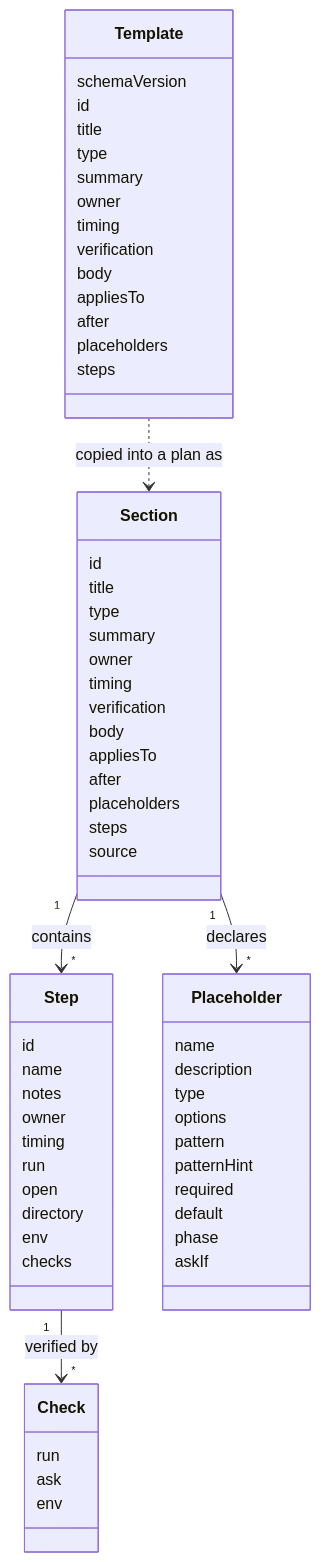
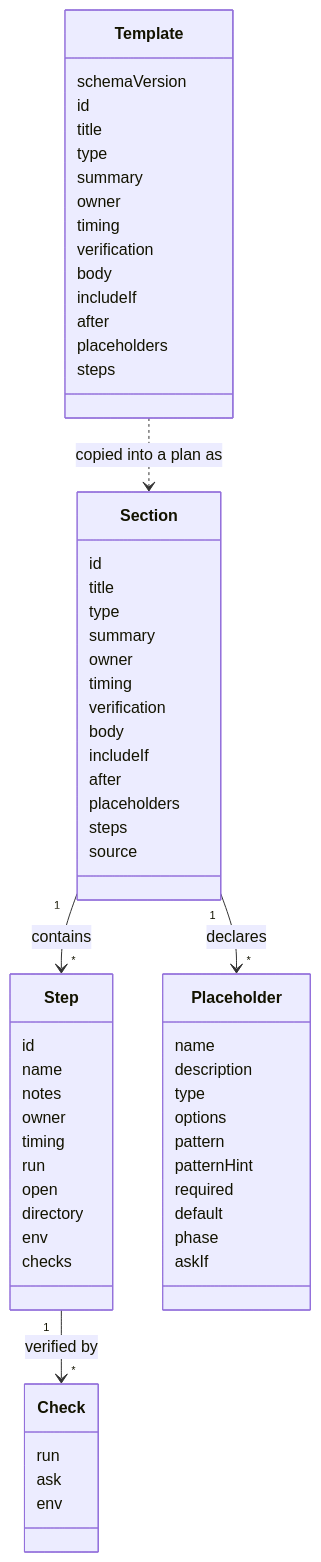
Before and after one commit to 8thlight-daveloper/onboard-kit: the diagram in docs/reference/section-template-schema/README.md, drawn with Mermaid. The commit also changed other lines of this file and 17 other files, not shown here.

Commit message:
Replace appliesTo with includeIf, add the condition evaluator, and decide that variants never override

````diff
--- a/docs/reference/section-template-schema/README.md
+++ b/docs/reference/section-template-schema/README.md
@@ -19,67 +19,67 @@
 ```mermaid
 classDiagram
     class Template {
         schemaVersion
         id
         title
         type
         summary
         owner
         timing
         verification
         body
-        appliesTo
+        includeIf
         after
         placeholders
         steps
     }
     class Section {
         id
         title
         type
         summary
         owner
         timing
         verification
         body
-        appliesTo
+        includeIf
         after
         placeholders
         steps
         source
     }
     class Step {
         id
         name
         notes
         owner
         timing
         run
         open
         directory
         env
         checks
     }
     class Check {
         run
         ask
         env
     }
     class Placeholder {
         name
         description
         type
         options
         pattern
         patternHint
         required
         default
         phase
         askIf
     }
 
     Template ..> Section : copied into a plan as
     Section "1" --> "*" Placeholder : declares
     Section "1" --> "*" Step : contains
     Step "1" --> "*" Check : verified by
 ```
````
